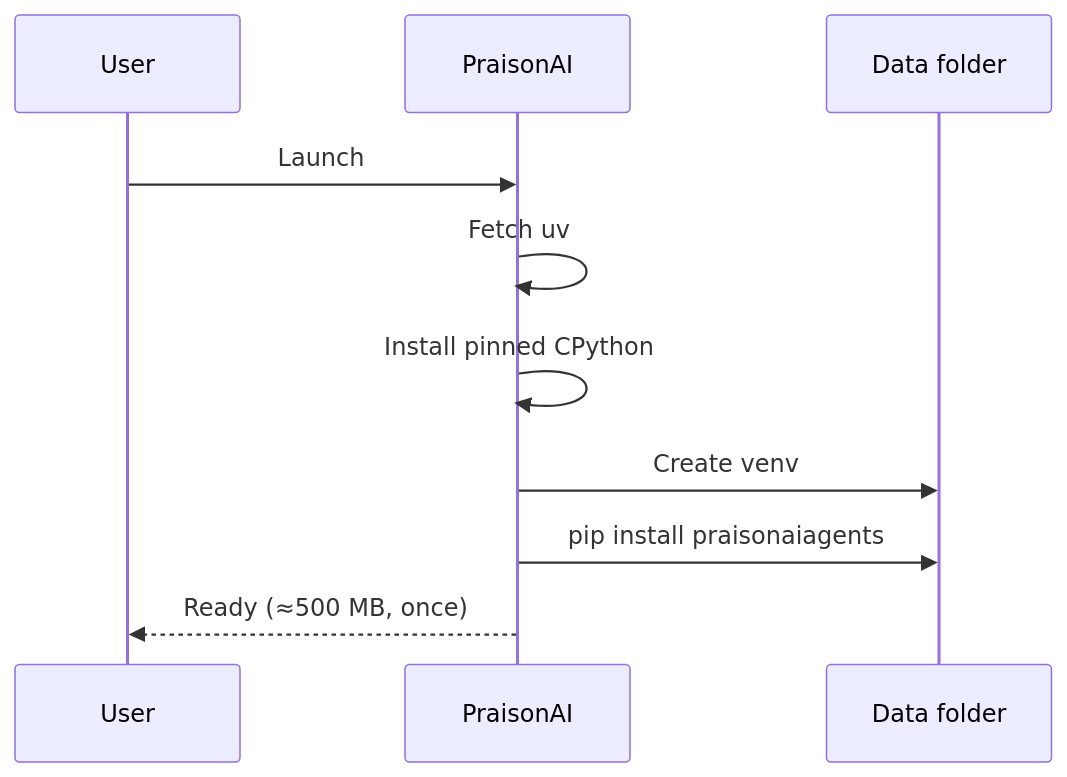
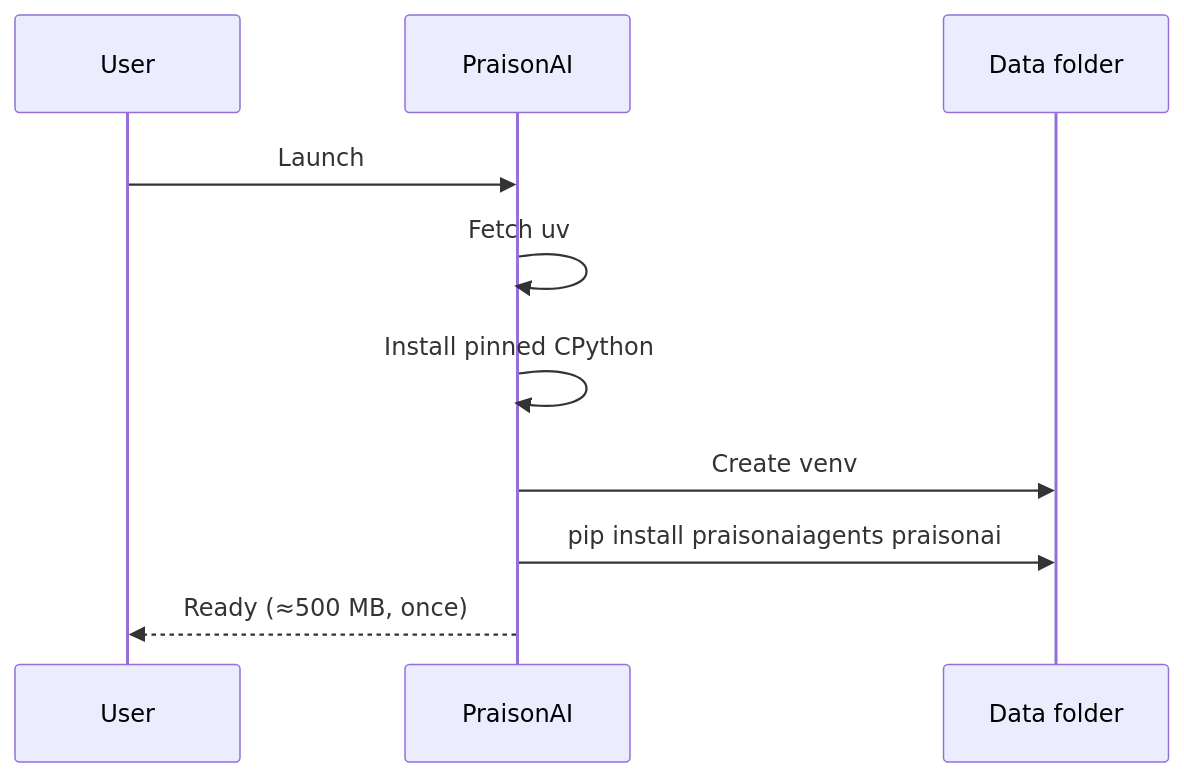
One commit to MervinPraison/PraisonAIDocs changed the third of 4 diagrams in docs/install/desktop.mdx. Above: the diagram before and after it, drawn with Mermaid. The commit also changed other lines of this file and 5 other files, not shown here.

````diff
--- a/docs/install/desktop.mdx
+++ b/docs/install/desktop.mdx
@@ -148,12 +148,12 @@
 ```mermaid
 sequenceDiagram
   participant User
   participant App as PraisonAI
   participant FS as Data folder
   User->>App: Launch
   App->>App: Fetch uv
   App->>App: Install pinned CPython
   App->>FS: Create venv
-  App->>FS: pip install praisonaiagents
+  App->>FS: pip install praisonaiagents praisonai
   App-->>User: Ready (≈500 MB, once)
 ```
````
